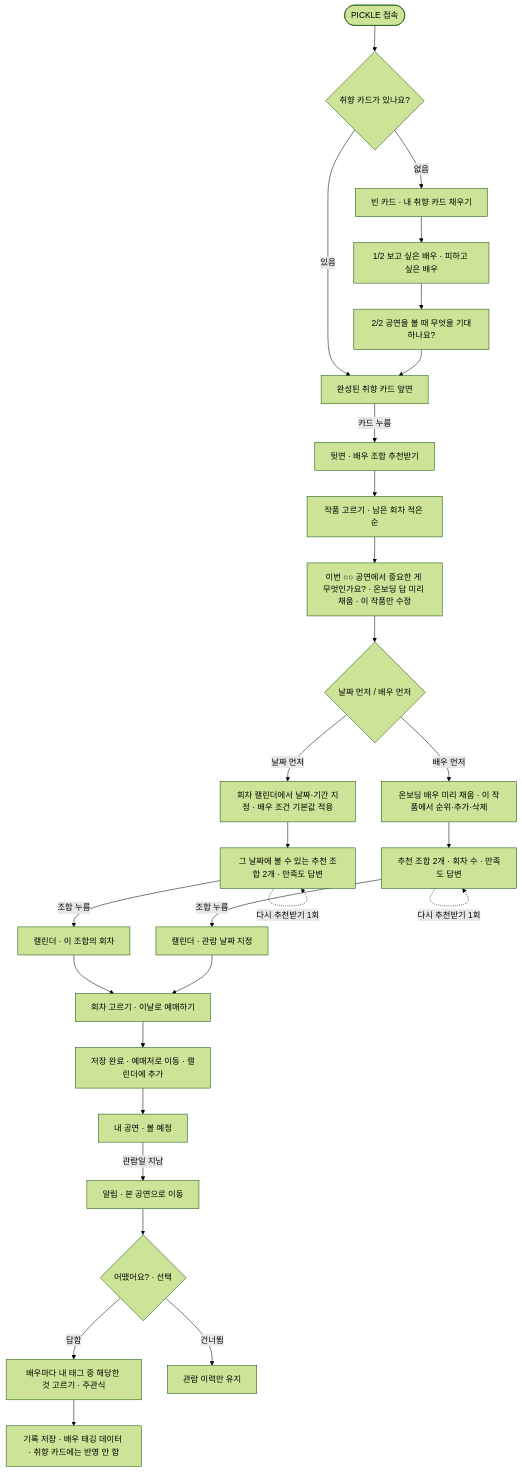
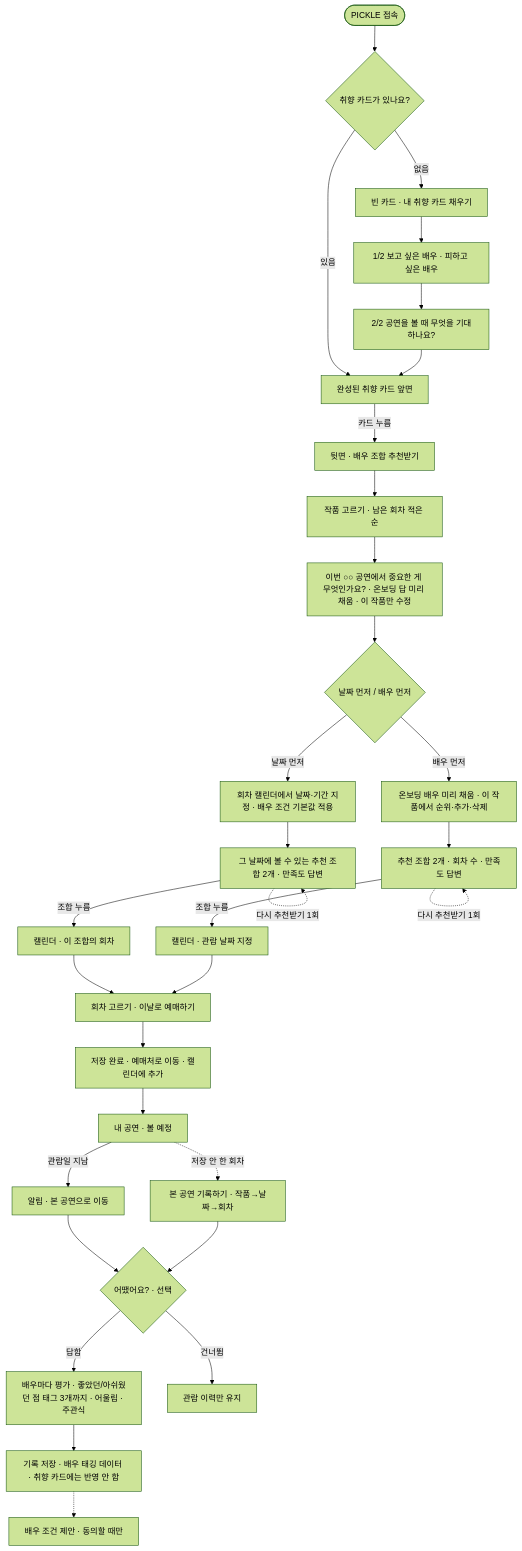
Before and after one commit to 2ma1995/pickle-src: the second of 8 diagrams in docs/261027_2_MVP_사용자흐름.md, drawn with Mermaid (forest theme). The commit also changed other lines of this file, not shown here.

````diff
--- a/docs/261027_2_MVP_사용자흐름.md
+++ b/docs/261027_2_MVP_사용자흐름.md
@@ -114,29 +132,31 @@
 ```mermaid
 flowchart TD
     START(["PICKLE 접속"]) --> C{"취향 카드가 있나요?"}
     C -->|없음| EMPTY["빈 카드 · 내 취향 카드 채우기"]
     C -->|있음| CARD["완성된 취향 카드 앞면"]
     EMPTY --> O1["1/2 보고 싶은 배우 · 피하고 싶은 배우"] --> O2["2/2 공연을 볼 때 무엇을 기대하나요?"]
     O2 --> CARD
     CARD -->|카드 누름| FLIP["뒷면 · 배우 조합 추천받기"]
     FLIP --> W["작품 고르기 · 남은 회차 적은 순"]
     W --> WT["이번 ○○ 공연에서 중요한 게 무엇인가요? · 온보딩 답 미리 채움 · 이 작품만 수정"]
     WT --> M{"날짜 먼저 / 배우 먼저"}
     M -->|날짜 먼저| D1["회차 캘린더에서 날짜·기간 지정 · 배우 조건 기본값 적용"]
     D1 --> DR["그 날짜에 볼 수 있는 추천 조합 2개 · 만족도 답변"]
     DR -->|조합 누름| DC["캘린더 · 이 조합의 회차"]
     M -->|배우 먼저| A1["온보딩 배우 미리 채움 · 이 작품에서 순위·추가·삭제"]
     A1 --> AR["추천 조합 2개 · 회차 수 · 만족도 답변"]
     AR -->|조합 누름| AC["캘린더 · 관람 날짜 지정"]
     DC --> BOOK["회차 고르기 · 이날로 예매하기"]
     AC --> BOOK
     BOOK --> SAVED["저장 완료 · 예매처로 이동 · 캘린더에 추가"]
     SAVED --> MY["내 공연 · 볼 예정"]
     MY -->|관람일 지남| NOTI["알림 · 본 공연으로 이동"]
     NOTI --> SEEN{"어땠어요? · 선택"}
-    SEEN -->|답함| TAG["배우마다 내 태그 중 해당한 것 고르기 · 주관식"]
+    SEEN -->|답함| TAG["배우마다 평가 · 좋았던/아쉬웠던 점 태그 3개까지 · 어울림 · 주관식"]
     TAG --> DATA["기록 저장 · 배우 태깅 데이터 · 취향 카드에는 반영 안 함"]
+    DATA -.-> ASK["배우 조건 제안 · 동의할 때만"]
+    MY -.->|저장 안 한 회차| LOGIN["본 공연 기록하기 · 작품→날짜→회차"] --> SEEN
     SEEN -->|건너뜀| HIST["관람 이력만 유지"]
     DR -.->|다시 추천받기 1회| DR
     AR -.->|다시 추천받기 1회| AR
 ```
````
